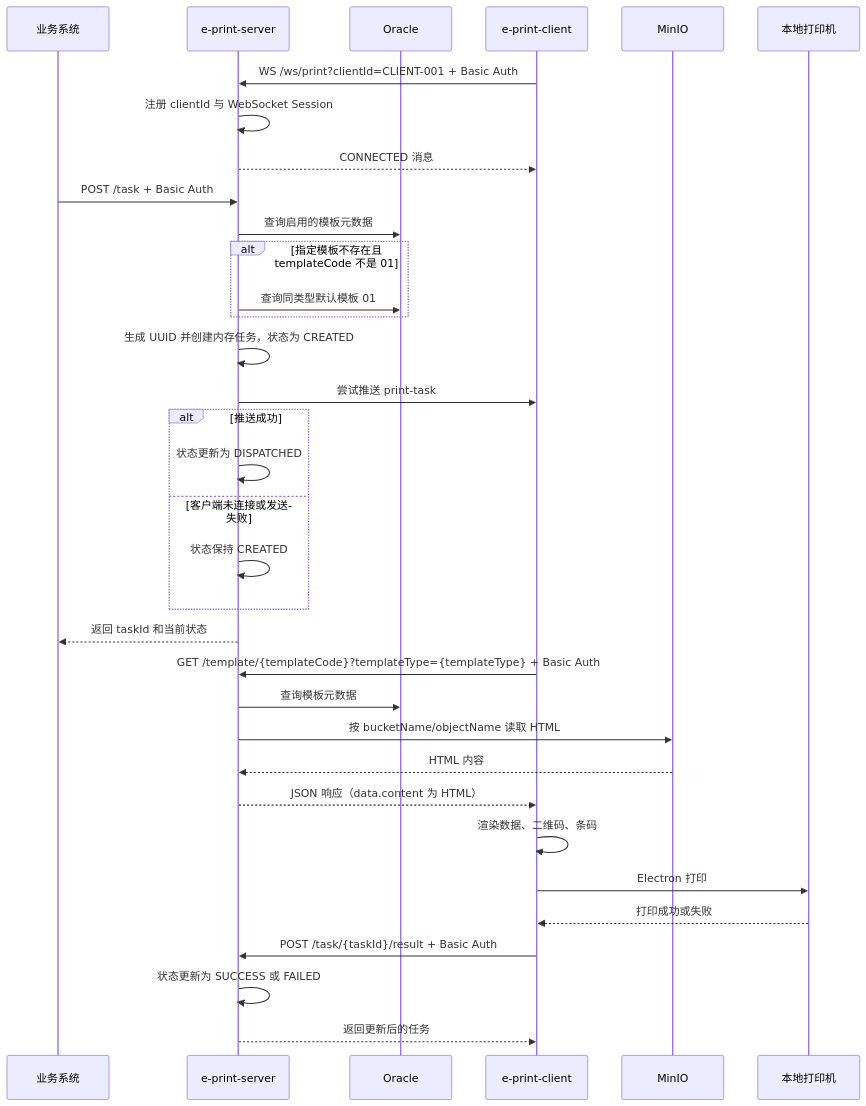
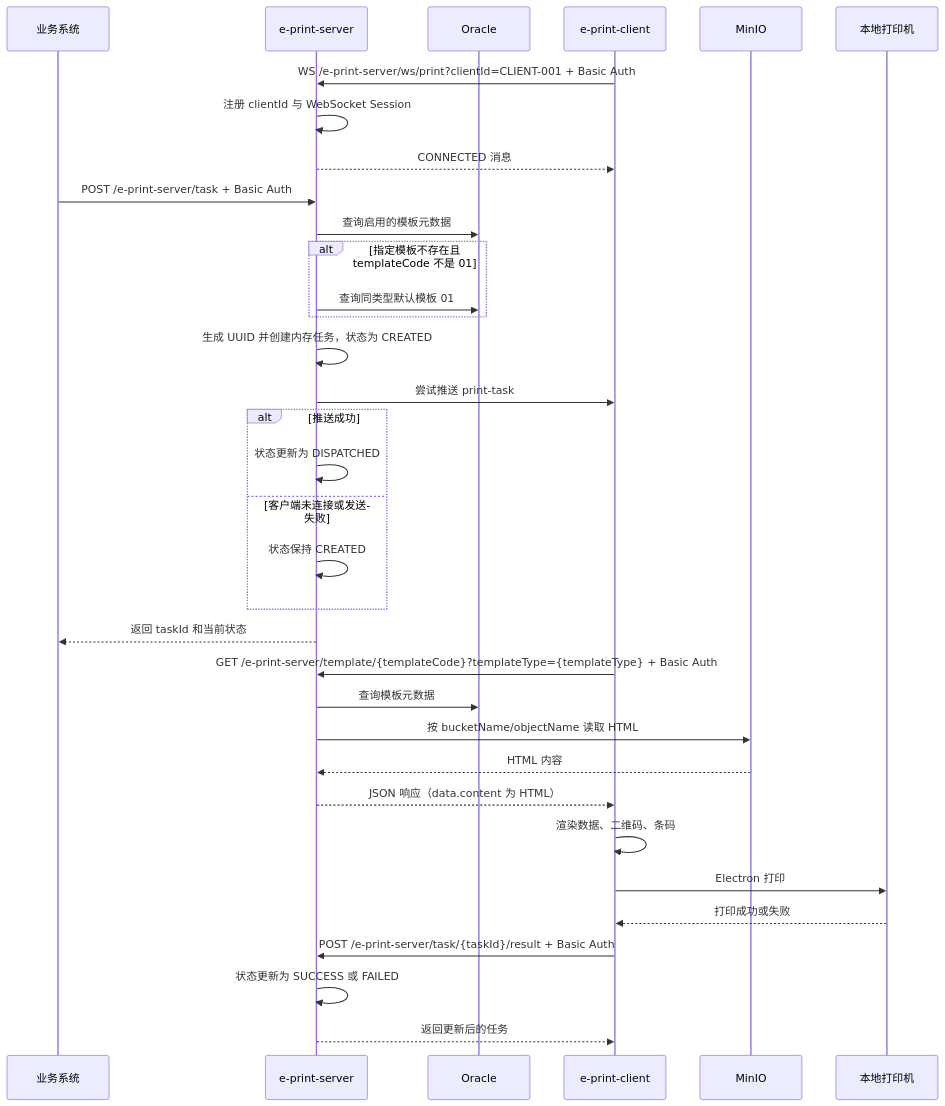
The diagram in README.md (RicoFung/e-print), drawn with Mermaid before and after one commit. The commit also changed other lines of this file and 9 other files, not shown here.

````diff
--- a/README.md
+++ b/README.md
@@ -48,39 +61,39 @@
 ```mermaid
 sequenceDiagram
     participant Biz as 业务系统
     participant Server as e-print-server
     participant DB as Oracle
     participant Client as e-print-client
     participant MinIO as MinIO
     participant Printer as 本地打印机
 
-    Client->>Server: WS /ws/print?clientId=CLIENT-001 + Basic Auth
+    Client->>Server: WS /e-print-server/ws/print?clientId=CLIENT-001 + Basic Auth
     Server->>Server: 注册 clientId 与 WebSocket Session
     Server-->>Client: CONNECTED 消息
 
-    Biz->>Server: POST /task + Basic Auth
+    Biz->>Server: POST /e-print-server/task + Basic Auth
     Server->>DB: 查询启用的模板元数据
     alt 指定模板不存在且 templateCode 不是 01
         Server->>DB: 查询同类型默认模板 01
     end
     Server->>Server: 生成 UUID 并创建内存任务，状态为 CREATED
     Server->>Client: 尝试推送 print-task
     alt 推送成功
         Server->>Server: 状态更新为 DISPATCHED
     else 客户端未连接或发送失败
         Server->>Server: 状态保持 CREATED
     end
     Server-->>Biz: 返回 taskId 和当前状态
 
-    Client->>Server: GET /template/{templateCode}?templateType={templateType} + Basic Auth
+    Client->>Server: GET /e-print-server/template/{templateCode}?templateType={templateType} + Basic Auth
     Server->>DB: 查询模板元数据
     Server->>MinIO: 按 bucketName/objectName 读取 HTML
     MinIO-->>Server: HTML 内容
     Server-->>Client: JSON 响应（data.content 为 HTML）
     Client->>Client: 渲染数据、二维码、条码
     Client->>Printer: Electron 打印
     Printer-->>Client: 打印成功或失败
-    Client->>Server: POST /task/{taskId}/result + Basic Auth
+    Client->>Server: POST /e-print-server/task/{taskId}/result + Basic Auth
     Server->>Server: 状态更新为 SUCCESS 或 FAILED
     Server-->>Client: 返回更新后的任务
 ```
````
